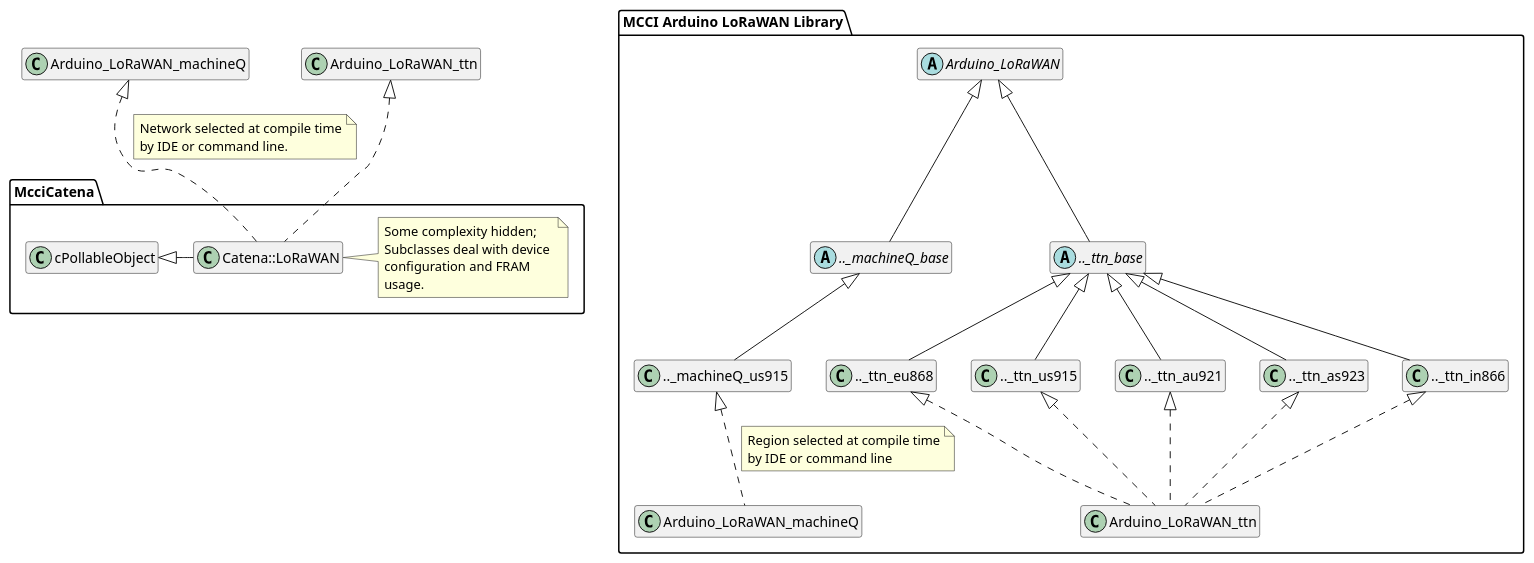
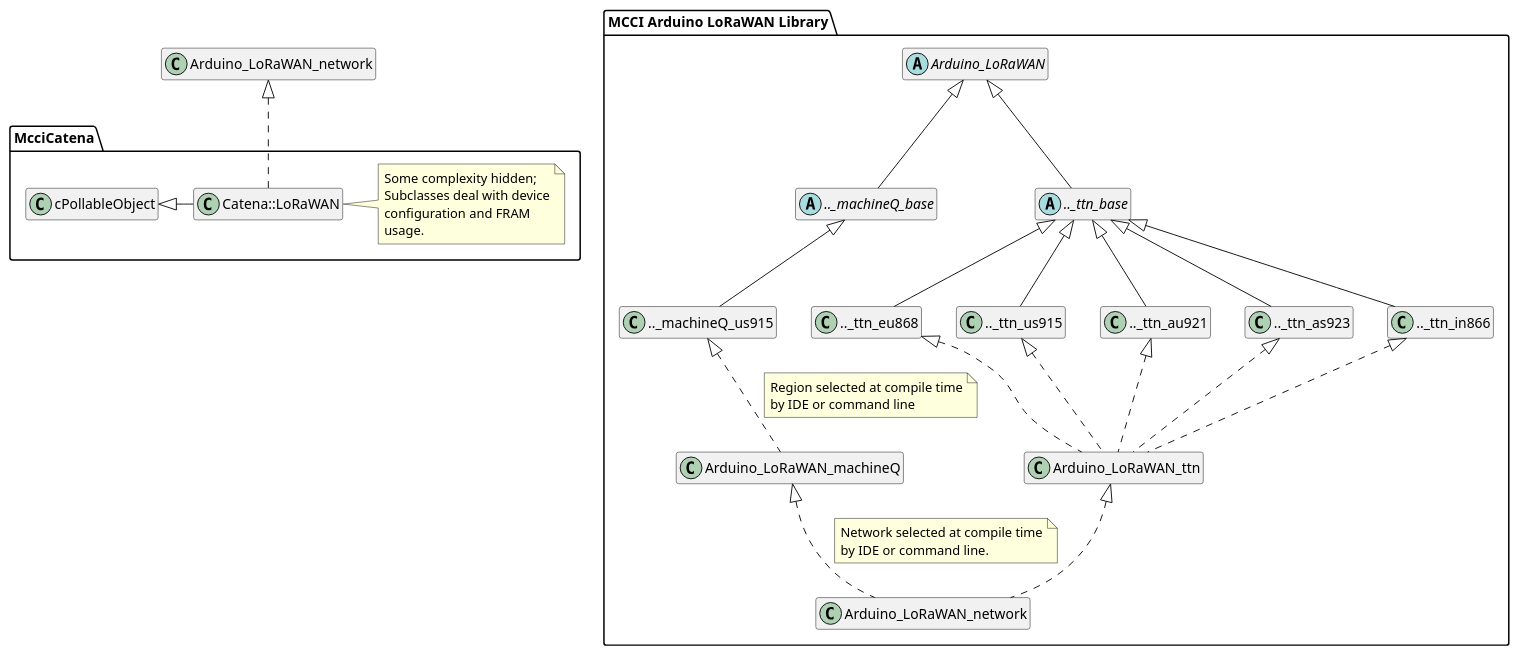
Before and after one commit to mcci-catena/Catena-Arduino-Platform: the diagram in assets/Catena_LoRaWAN.plantuml, drawn with PlantUML. The commit also changed 6 other files, not shown here.

Commit message:
Fix #222: change all LoRaWAN classes to use Arduino_LoRaWAN_network

```diff
--- a/assets/Catena_LoRaWAN.plantuml
+++ b/assets/Catena_LoRaWAN.plantuml
@@ -1,87 +1,92 @@
 @startuml
 /'
 
 Module:	Catena_LoRaWAN.plantuml
 
 Function:
 	PlantUML reference source for Catena::LoRaWAN class diagram.
-	
+
 Copyright:
 	See accompanying LICENSE file at
 	https:://github.com/mcci-catena/Catena-Arduino-Platform
-	
+
 Author:
 	Terry Moore, MCCI Corporation	July 2019
 
 Notes:
 	PlantUML images in REAMDE.md are generated by pasting this file into
 	the server at http://www.plantuml.com/plantuml, and grabbing the
 	resulting URLs.
 
 '/
 
 hide empty members
 
 package Arduino-LoRaWAN as "MCCI Arduino LoRaWAN Library" {
 abstract class Arduino_LoRaWAN
 
 abstract class Arduino_LoRaWAN_machineQ_base as ".._machineQ_base"
 
 class Arduino_LoRaWAN_machineQ_us915 as ".._machineQ_us915"
 
 class Arduino_LoRaWAN_machineQ
 
 abstract class Arduino_LoRaWAN_ttn_base as ".._ttn_base"
 
 class Arduino_LoRaWAN_ttn_eu868 as ".._ttn_eu868"
 class Arduino_LoRaWAN_ttn_us915 as ".._ttn_us915"
 class Arduino_LoRaWAN_ttn_au921 as ".._ttn_au921"
 class Arduino_LoRaWAN_ttn_as923 as ".._ttn_as923"
 class Arduino_LoRaWAN_ttn_in866 as ".._ttn_in866"
 
 class Arduino_LoRaWAN_ttn
 
 Arduino_LoRaWAN <|-- Arduino_LoRaWAN_machineQ_base
 Arduino_LoRaWAN <|-- Arduino_LoRaWAN_ttn_base
 Arduino_LoRaWAN_machineQ_base <|-- Arduino_LoRaWAN_machineQ_us915
 Arduino_LoRaWAN_machineQ_us915 <|.. Arduino_LoRaWAN_machineQ
 note right on link
   Region selected at compile time
   by IDE or command line
 end note
 
+class Arduino_LoRaWAN_network
+
 Arduino_LoRaWAN_ttn_base <|-- Arduino_LoRaWAN_ttn_eu868
 Arduino_LoRaWAN_ttn_base <|-- Arduino_LoRaWAN_ttn_us915
 Arduino_LoRaWAN_ttn_base <|-- Arduino_LoRaWAN_ttn_au921
 Arduino_LoRaWAN_ttn_base <|-- Arduino_LoRaWAN_ttn_as923
 Arduino_LoRaWAN_ttn_base <|-- Arduino_LoRaWAN_ttn_in866
 
 Arduino_LoRaWAN_ttn_eu868 <|.. Arduino_LoRaWAN_ttn
 Arduino_LoRaWAN_ttn_us915 <|.. Arduino_LoRaWAN_ttn
 Arduino_LoRaWAN_ttn_au921 <|.. Arduino_LoRaWAN_ttn
 Arduino_LoRaWAN_ttn_as923 <|.. Arduino_LoRaWAN_ttn
 Arduino_LoRaWAN_ttn_in866 <|.. Arduino_LoRaWAN_ttn
+
+Arduino_LoRaWAN_machineQ <|.. Arduino_LoRaWAN_network
+note right on link
+   Network selected at compile time
+   by IDE or command line.
+end note
+Arduino_LoRaWAN_ttn <|.. Arduino_LoRaWAN_network
+
 }
 
 namespace McciCatena {
 
 class cPollableObject
 class Catena::LoRaWAN
 note right
   Some complexity hidden;
-  Subclasses deal with device 
+  Subclasses deal with device
   configuration and FRAM
   usage.
 end note
 
 cPollableObject <|- Catena::LoRaWAN
 
-.Arduino_LoRaWAN_machineQ <|.. Catena::LoRaWAN
-note right on link
-   Network selected at compile time
-   by IDE or command line. 
-end note
-.Arduino_LoRaWAN_ttn <|.. Catena::LoRaWAN
+.Arduino_LoRaWAN_network <|.. Catena::LoRaWAN
 
 }
 @enduml
```
